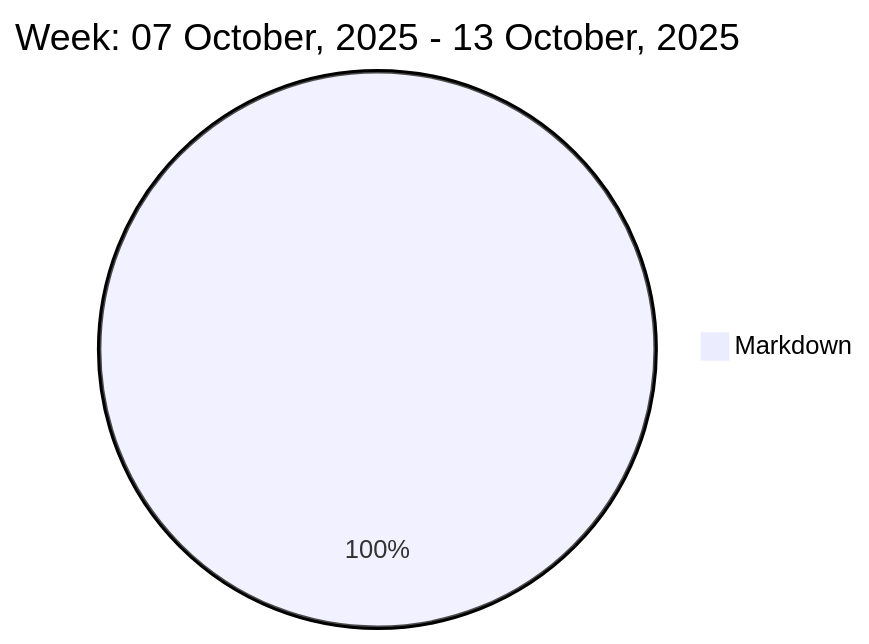
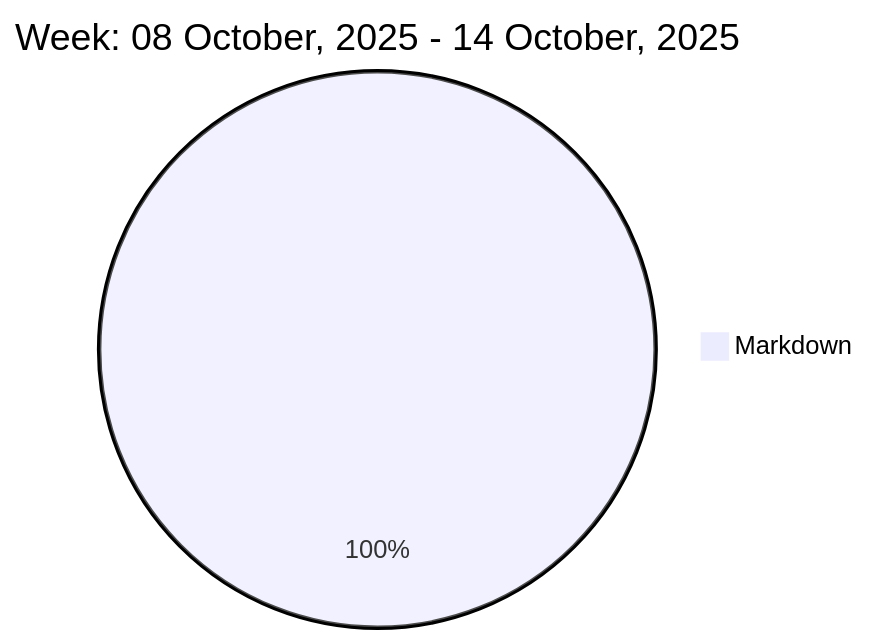
One commit to liubin95/liubin95 changed the diagram in README.md. Above: the diagram before and after it, drawn with Mermaid.

Commit message:
Updated the Graph with new Metrics

````diff
--- a/README.md
+++ b/README.md
@@ -37,5 +37,5 @@
 ```mermaid
  pie
-title Week: 07 October, 2025 - 13 October, 2025
- "Markdown" : 1.15
+title Week: 08 October, 2025 - 14 October, 2025
+ "Markdown" : 1.72
 ```
````
